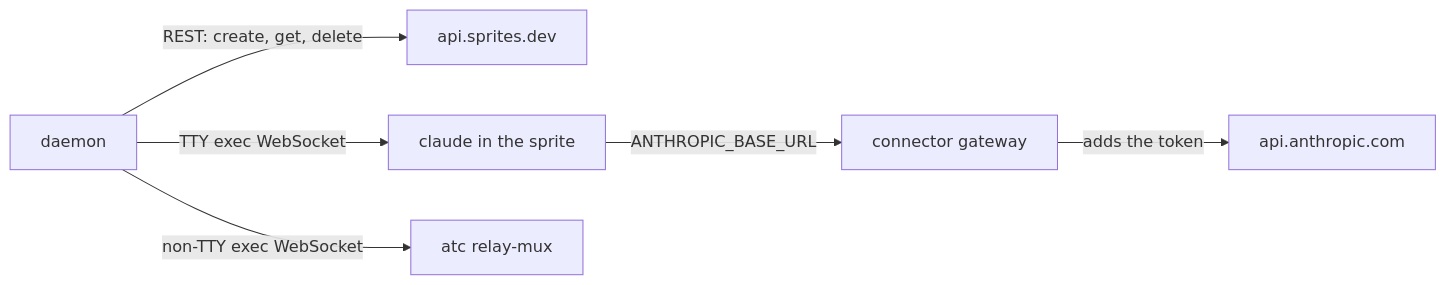
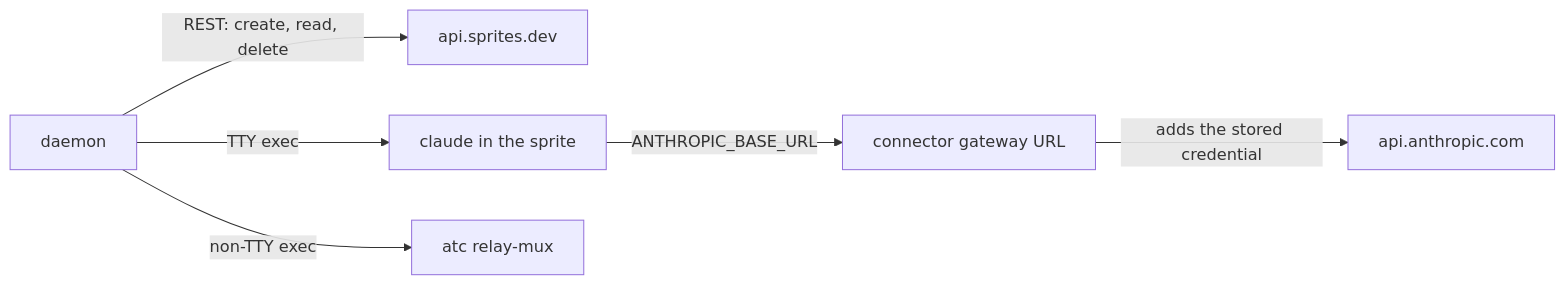
Before and after one commit to zgeoff/atc: the diagram in docs/design/remote-targets/sprites.md, drawn with Mermaid. The commit also changed other lines of this file and 4 other files, not shown here.

````diff
--- a/docs/design/remote-targets/sprites.md
+++ b/docs/design/remote-targets/sprites.md
@@ -14,8 +26,8 @@
 ```mermaid
 flowchart LR
-  daemon[daemon] -->|"REST: create, get, delete"| api["api.sprites.dev"]
-  daemon -->|"TTY exec WebSocket"| harness["claude in the sprite"]
-  daemon -->|"non-TTY exec WebSocket"| mux["atc relay-mux"]
-  harness -->|"ANTHROPIC_BASE_URL"| gateway["connector gateway"]
-  gateway -->|"adds the token"| anthropic["api.anthropic.com"]
+  daemon[daemon] -->|"REST: create, read, delete"| api["api.sprites.dev"]
+  daemon -->|"TTY exec"| harness["claude in the sprite"]
+  daemon -->|"non-TTY exec"| mux["atc relay-mux"]
+  harness -->|"ANTHROPIC_BASE_URL"| gateway["connector gateway URL"]
+  gateway -->|"adds the stored credential"| anthropic["api.anthropic.com"]
 ```
````
